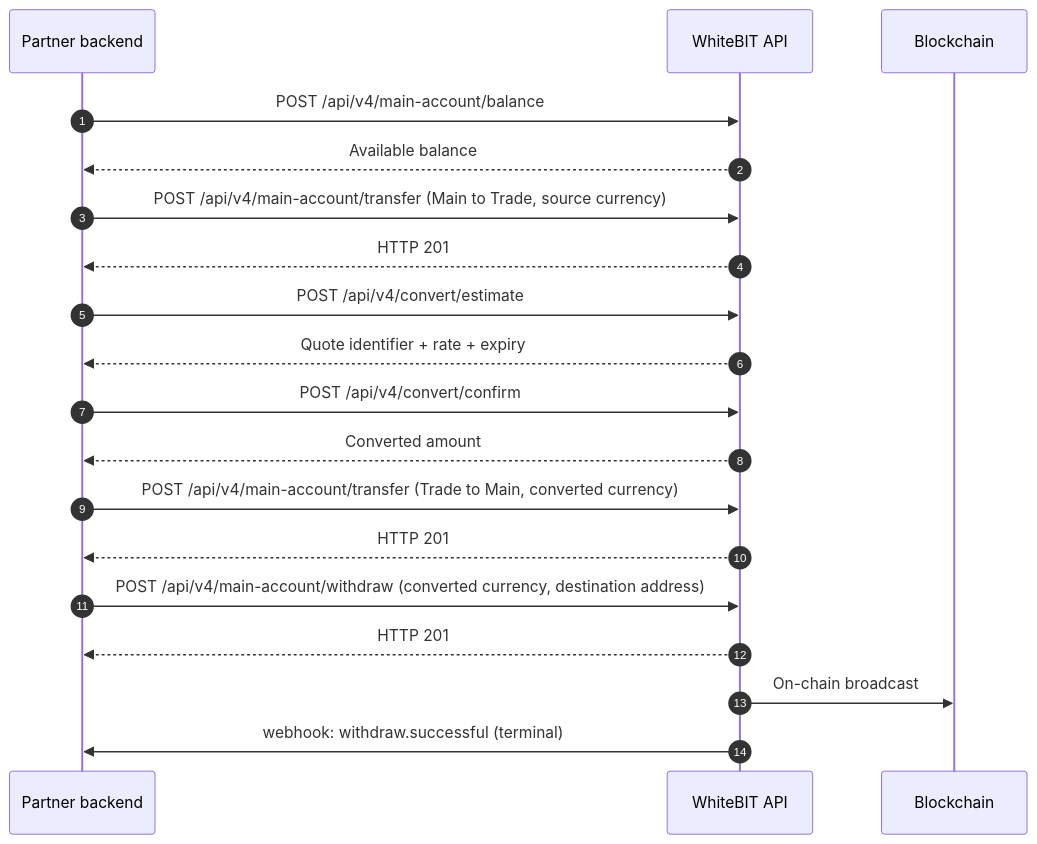
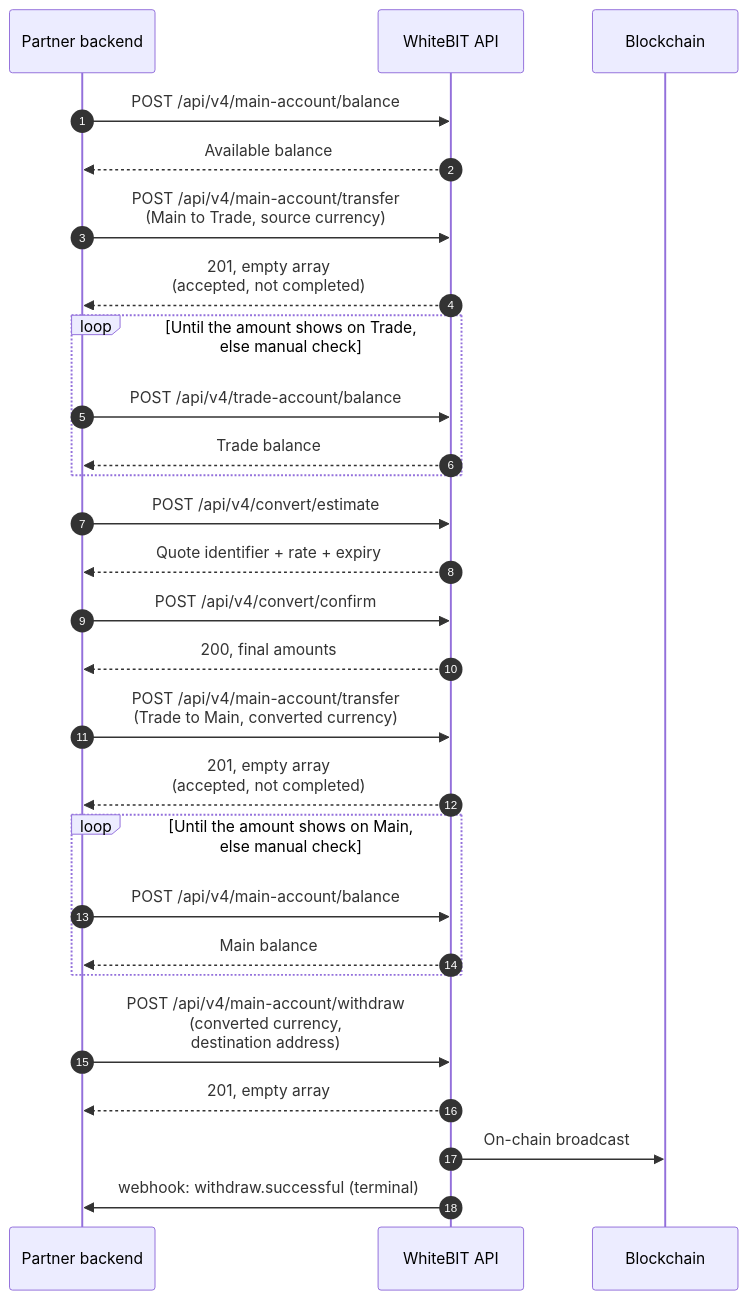
The third of 10 diagrams in guides/payment-integration.mdx (whitebit-exchange/docs), drawn with Mermaid before and after one commit. The commit also changed other lines of this file, not shown here.

First line of the commit message:
docs(guide): add Convert waits to payment flows

````diff
--- a/guides/payment-integration.mdx
+++ b/guides/payment-integration.mdx
@@ -102,22 +107,30 @@
 ```mermaid
 sequenceDiagram
     autonumber
     participant P as Partner backend
     participant W as WhiteBIT API
     participant B as Blockchain
 
     P->>W: POST /api/v4/main-account/balance
     W-->>P: Available balance
-    P->>W: POST /api/v4/main-account/transfer (Main to Trade, source currency)
-    W-->>P: HTTP 201
+    P->>W: POST /api/v4/main-account/transfer<br/>(Main to Trade, source currency)
+    W-->>P: 201, empty array<br/>(accepted, not completed)
+    loop Until the amount shows on Trade,<br/>else manual check
+        P->>W: POST /api/v4/trade-account/balance
+        W-->>P: Trade balance
+    end
     P->>W: POST /api/v4/convert/estimate
     W-->>P: Quote identifier + rate + expiry
     P->>W: POST /api/v4/convert/confirm
-    W-->>P: Converted amount
-    P->>W: POST /api/v4/main-account/transfer (Trade to Main, converted currency)
-    W-->>P: HTTP 201
-    P->>W: POST /api/v4/main-account/withdraw (converted currency, destination address)
-    W-->>P: HTTP 201
+    W-->>P: 200, final amounts
+    P->>W: POST /api/v4/main-account/transfer<br/>(Trade to Main, converted currency)
+    W-->>P: 201, empty array<br/>(accepted, not completed)
+    loop Until the amount shows on Main,<br/>else manual check
+        P->>W: POST /api/v4/main-account/balance
+        W-->>P: Main balance
+    end
+    P->>W: POST /api/v4/main-account/withdraw<br/>(converted currency,<br/>destination address)
+    W-->>P: 201, empty array
     W->>B: On-chain broadcast
     W->>P: webhook: withdraw.successful (terminal)
 ```
````
